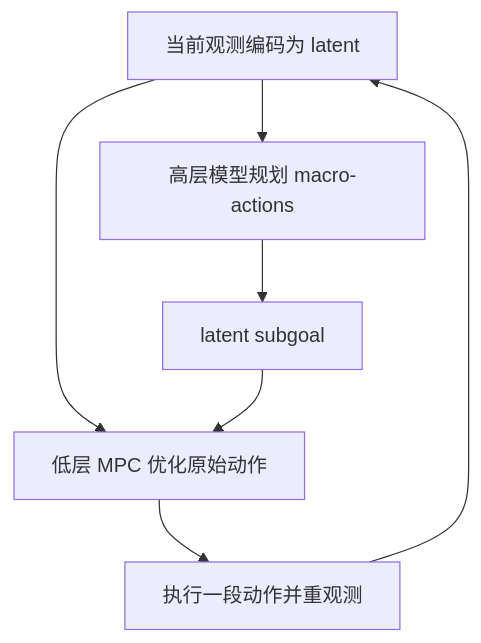
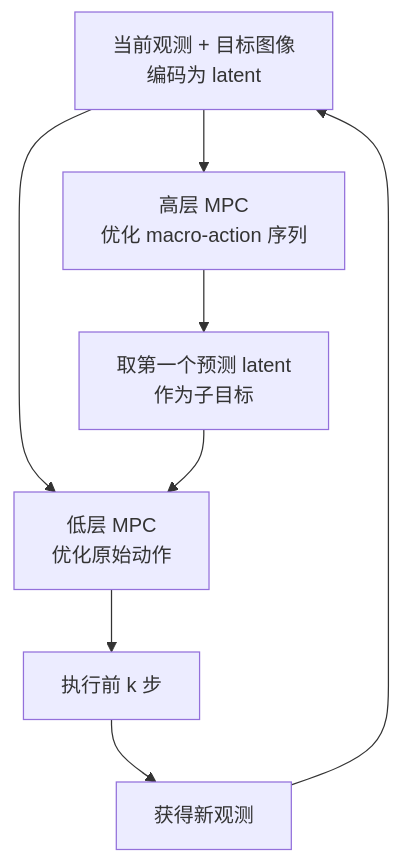
The diagram in wiki/entities/paper-hwm-latent-world-model-planning.md (ImChong/Robotics_Notebooks), drawn with Mermaid before and after one commit. The commit also changed other lines of this file and 196 other files, not shown here.

````diff
--- a/wiki/entities/paper-hwm-latent-world-model-planning.md
+++ b/wiki/entities/paper-hwm-latent-world-model-planning.md
@@ -38,9 +63,10 @@
 ```mermaid
 flowchart TB
-  Current["当前观测编码为 latent"] --> High["高层模型规划 macro-actions"]
-  High --> Goal["latent subgoal"]
-  Current --> Low["低层 MPC 优化原始动作"]
-  Goal --> Low
-  Low --> Execute["执行一段动作并重观测"]
-  Execute --> Current
+  Obs["当前观测 + 目标图像<br/>编码为 latent"] --> High["高层 MPC<br/>优化 macro-action 序列"]
+  High --> Sub["取第一个预测 latent<br/>作为子目标"]
+  Obs --> Low["低层 MPC<br/>优化原始动作"]
+  Sub --> Low
+  Low --> Exec["执行前 k 步"]
+  Exec --> New["获得新观测"]
+  New --> Obs
 ```
````
